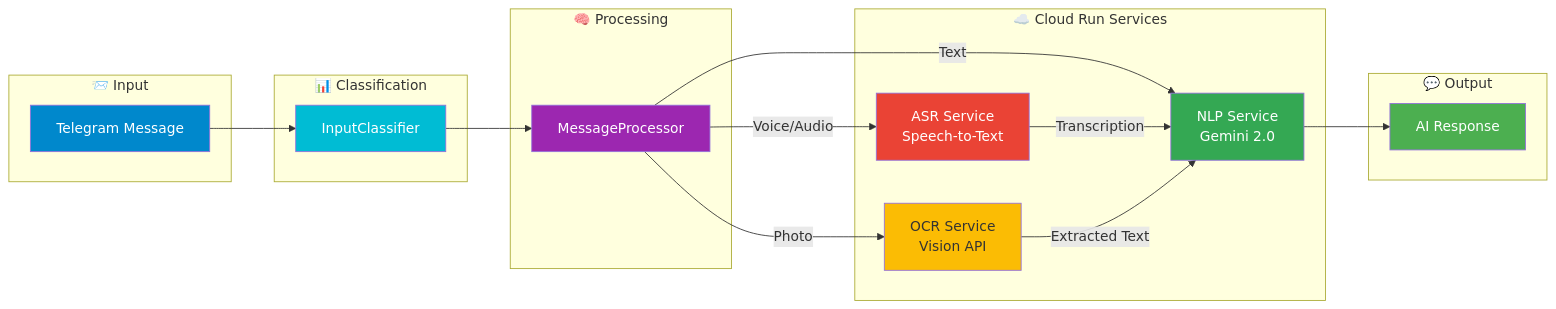
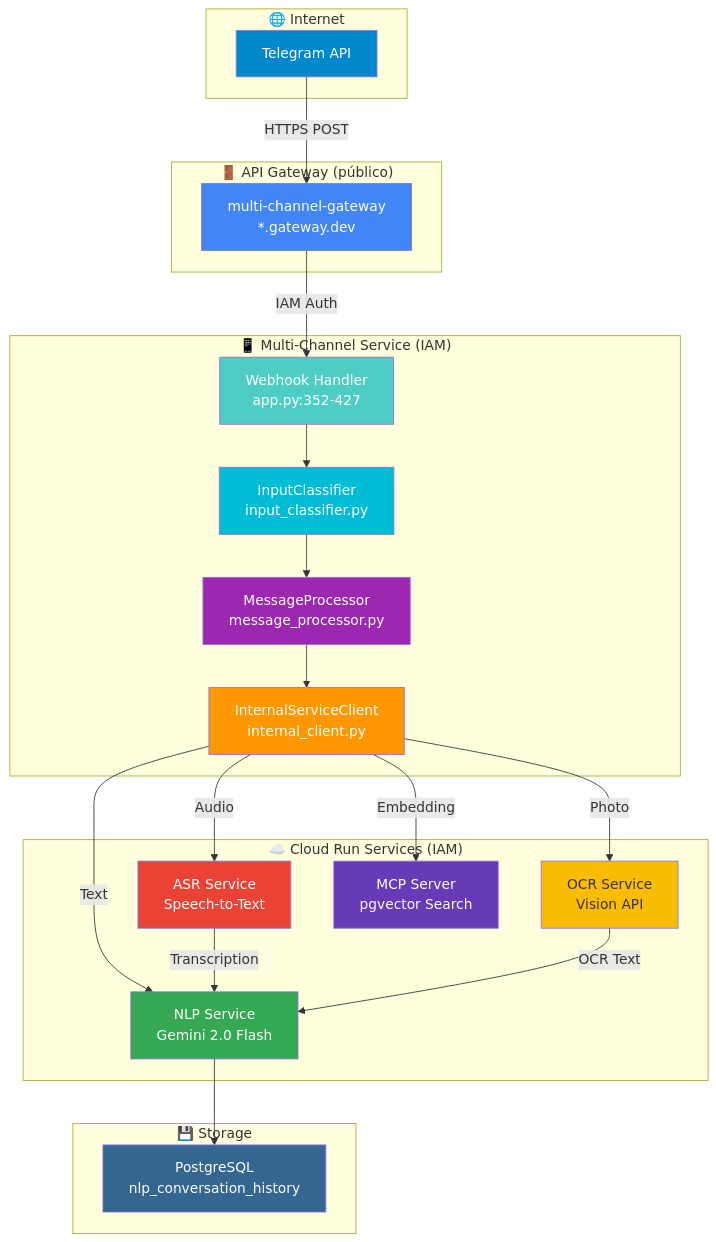
The seventh of 11 diagrams in REQ/REQ-1.md (javierjortiz82/multi-channel-service), drawn with Mermaid before and after one commit. The commit also changed other lines of this file and 12 other files, not shown here.

````diff
--- a/REQ/REQ-1.md
+++ b/REQ/REQ-1.md
@@ -1010,41 +1010,53 @@
 ```mermaid
-flowchart LR
-    subgraph Input["📨 Input"]
-        MSG["Telegram Message"]
+flowchart TB
+    subgraph Internet["🌐 Internet"]
+        TG["Telegram API"]
     end
 
-    subgraph Classify["📊 Classification"]
-        IC["InputClassifier"]
+    subgraph Gateway["🚪 API Gateway (público)"]
+        GW["multi-channel-gateway\n*.gateway.dev"]
     end
 
-    subgraph Process["🧠 Processing"]
-        MP["MessageProcessor"]
+    subgraph MCS["📱 Multi-Channel Service (IAM)"]
+        WH["Webhook Handler\napp.py:352-427"]
+        IC["InputClassifier\ninput_classifier.py"]
+        MP["MessageProcessor\nmessage_processor.py"]
+        INT["InternalServiceClient\ninternal_client.py"]
     end
 
-    subgraph Services["☁️ Cloud Run Services"]
-        NLP["NLP Service\nGemini 2.0"]
+    subgraph Backend["☁️ Cloud Run Services (IAM)"]
+        NLP["NLP Service\nGemini 2.0 Flash"]
         ASR["ASR Service\nSpeech-to-Text"]
         OCR["OCR Service\nVision API"]
+        MCP["MCP Server\npgvector Search"]
     end
 
-    subgraph Output["💬 Output"]
-        RESP["AI Response"]
+    subgraph Storage["💾 Storage"]
+        PG["PostgreSQL\nnlp_conversation_history"]
     end
 
-    MSG --> IC
+    TG -->|HTTPS POST| GW
+    GW -->|IAM Auth| WH
+    WH --> IC
     IC --> MP
-    MP -->|"Text"| NLP
-    MP -->|"Voice/Audio"| ASR
-    MP -->|"Photo"| OCR
-    ASR -->|"Transcription"| NLP
-    OCR -->|"Extracted Text"| NLP
-    NLP --> RESP
+    MP --> INT
+    INT -->|Text| NLP
+    INT -->|Audio| ASR
+    INT -->|Photo| OCR
+    INT -->|Embedding| MCP
+    ASR -->|Transcription| NLP
+    OCR -->|OCR Text| NLP
+    NLP --> PG
 
-    style MSG fill:#0088cc,color:#fff
+    style TG fill:#0088cc,color:#fff
+    style GW fill:#4285F4,color:#fff
+    style WH fill:#4ecdc4,color:#fff
     style IC fill:#00bcd4,color:#fff
     style MP fill:#9c27b0,color:#fff
+    style INT fill:#ff9800,color:#fff
     style NLP fill:#34A853,color:#fff
     style ASR fill:#EA4335,color:#fff
     style OCR fill:#FBBC04,color:#333
-    style RESP fill:#4CAF50,color:#fff
+    style MCP fill:#673ab7,color:#fff
+    style PG fill:#336791,color:#fff
 ```
````
